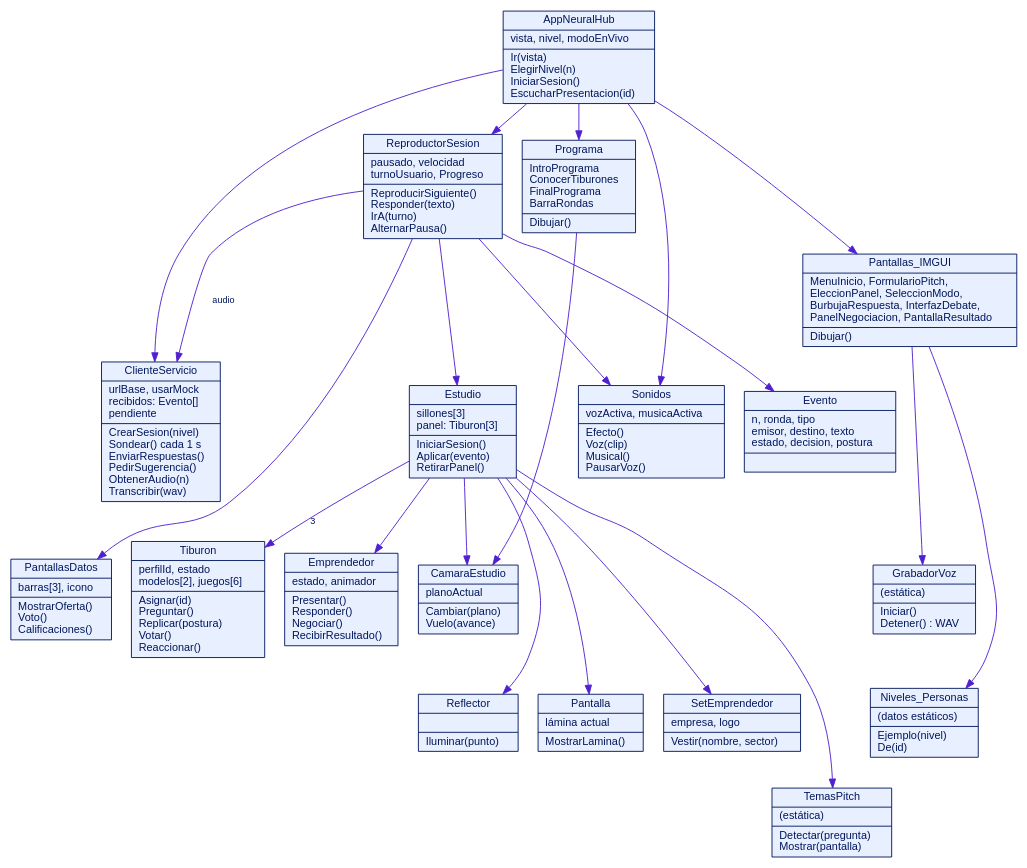
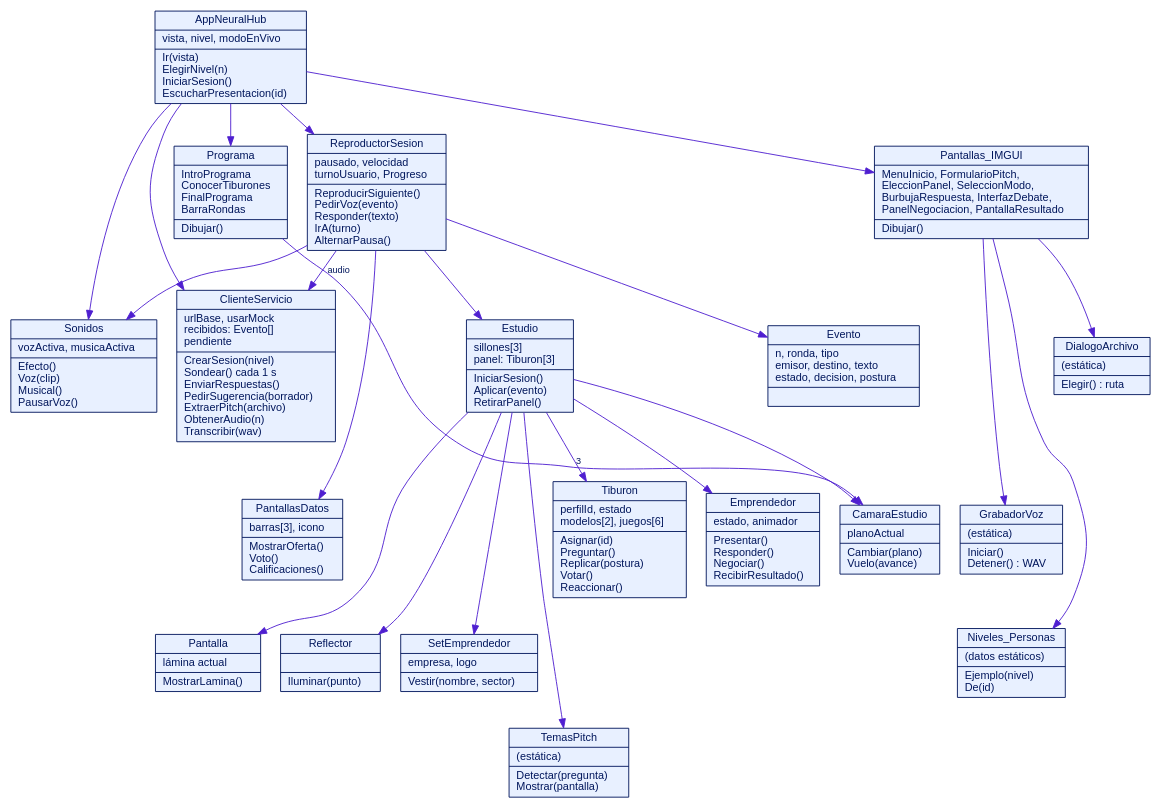
Before and after one commit to albertolopezb/NeuralHub: the diagram in docs/figuras/f05b_clases_unity.dot, drawn with Graphviz. The commit also changed 39 other files, not shown here.

Commit message:
Corrige el audio cortado al responder, avisa mientras prepara la voz y alinea documento y diagramas con el sistema final

```diff
--- a/docs/figuras/f05b_clases_unity.dot
+++ b/docs/figuras/f05b_clases_unity.dot
@@ -1,25 +1,26 @@
 digraph G{ bgcolor=white; fontname="Helvetica"; node[fontname="Helvetica",fontsize=12,color="#00165C",fontcolor="#00165C",shape=record,style=filled]; edge[fontname="Helvetica",fontsize=10,color="#4F1FD0",fontcolor="#00165C"]; rankdir=TB; nodesep=.3; ranksep=.45;
 AppNeuralHub[fillcolor="#E8F0FF",label="{AppNeuralHub|vista, nivel, modoEnVivo\l|Ir(vista)\lElegirNivel(n)\lIniciarSesion()\lEscucharPresentacion(id)\l}"];
-ClienteServicio[fillcolor="#E8F0FF",label="{ClienteServicio|urlBase, usarMock\lrecibidos: Evento[]\lpendiente\l|CrearSesion(nivel)\lSondear() cada 1 s\lEnviarRespuestas()\lPedirSugerencia()\lObtenerAudio(n)\lTranscribir(wav)\l}"];
-ReproductorSesion[fillcolor="#E8F0FF",label="{ReproductorSesion|pausado, velocidad\lturnoUsuario, Progreso\l|ReproducirSiguiente()\lResponder(texto)\lIrA(turno)\lAlternarPausa()\l}"];
+ClienteServicio[fillcolor="#E8F0FF",label="{ClienteServicio|urlBase, usarMock\lrecibidos: Evento[]\lpendiente\l|CrearSesion(nivel)\lSondear() cada 1 s\lEnviarRespuestas()\lPedirSugerencia(borrador)\lExtraerPitch(archivo)\lObtenerAudio(n)\lTranscribir(wav)\l}"];
+ReproductorSesion[fillcolor="#E8F0FF",label="{ReproductorSesion|pausado, velocidad\lturnoUsuario, Progreso\l|ReproducirSiguiente()\lPedirVoz(evento)\lResponder(texto)\lIrA(turno)\lAlternarPausa()\l}"];
 Estudio[fillcolor="#E8F0FF",label="{Estudio|sillones[3]\lpanel: Tiburon[3]\l|IniciarSesion()\lAplicar(evento)\lRetirarPanel()\l}"];
 Tiburon[fillcolor="#E8F0FF",label="{Tiburon|perfilId, estado\lmodelos[2], juegos[6]\l|Asignar(id)\lPreguntar()\lReplicar(postura)\lVotar()\lReaccionar()\l}"];
 Emprendedor[fillcolor="#E8F0FF",label="{Emprendedor|estado, animador\l|Presentar()\lResponder()\lNegociar()\lRecibirResultado()\l}"];
 CamaraEstudio[fillcolor="#E8F0FF",label="{CamaraEstudio|planoActual\l|Cambiar(plano)\lVuelo(avance)\l}"];
 Reflector[fillcolor="#E8F0FF",label="{Reflector||Iluminar(punto)\l}"];
 Pantalla[fillcolor="#E8F0FF",label="{Pantalla|lámina actual\l|MostrarLamina()\l}"];
 PantallasDatos[fillcolor="#E8F0FF",label="{PantallasDatos|barras[3], icono\l|MostrarOferta()\lVoto()\lCalificaciones()\l}"];
 SetEmprendedor[fillcolor="#E8F0FF",label="{SetEmprendedor|empresa, logo\l|Vestir(nombre, sector)\l}"];
 Sonidos[fillcolor="#E8F0FF",label="{Sonidos|vozActiva, musicaActiva\l|Efecto()\lVoz(clip)\lMusical()\lPausarVoz()\l}"];
 TemasPitch[fillcolor="#E8F0FF",label="{TemasPitch|(estática)\l|Detectar(pregunta)\lMostrar(pantalla)\l}"];
 Niveles_Personas[fillcolor="#E8F0FF",label="{Niveles_Personas|(datos estáticos)\l|Ejemplo(nivel)\lDe(id)\l}"];
+DialogoArchivo[fillcolor="#E8F0FF",label="{DialogoArchivo|(estática)\l|Elegir() : ruta\l}"];
 GrabadorVoz[fillcolor="#E8F0FF",label="{GrabadorVoz|(estática)\l|Iniciar()\lDetener() : WAV\l}"];
 Evento[fillcolor="#E8F0FF",label="{Evento|n, ronda, tipo\lemisor, destino, texto\lestado, decision, postura\l|}"];
 Programa[fillcolor="#E8F0FF",label="{Programa|IntroPrograma\lConocerTiburones\lFinalPrograma\lBarraRondas\l|Dibujar()\l}"];
 Pantallas_IMGUI[fillcolor="#E8F0FF",label="{Pantallas_IMGUI|MenuInicio, FormularioPitch,\lEleccionPanel, SeleccionModo,\lBurbujaRespuesta, InterfazDebate,\lPanelNegociacion, PantallaResultado\l|Dibujar()\l}"];
 AppNeuralHub->ClienteServicio; AppNeuralHub->ReproductorSesion; AppNeuralHub->Pantallas_IMGUI; AppNeuralHub->Programa; AppNeuralHub->Sonidos;
 ReproductorSesion->Estudio; ReproductorSesion->PantallasDatos; ReproductorSesion->Sonidos; ReproductorSesion->Evento; ReproductorSesion->ClienteServicio[label="audio"];
 Estudio->Tiburon[label="3"]; Estudio->Emprendedor; Estudio->CamaraEstudio; Estudio->Reflector[minlen=2]; Estudio->Pantalla[minlen=2]; Estudio->SetEmprendedor[minlen=2]; Estudio->TemasPitch[minlen=3];
-ClienteServicio->PantallasDatos[style=invis]; Evento->GrabadorVoz[style=invis]; GrabadorVoz->Niveles_Personas[style=invis];
+Pantallas_IMGUI->DialogoArchivo; ClienteServicio->PantallasDatos[style=invis]; Evento->GrabadorVoz[style=invis]; GrabadorVoz->Niveles_Personas[style=invis];
 Pantallas_IMGUI->GrabadorVoz; Pantallas_IMGUI->Niveles_Personas[constraint=false]; Programa->CamaraEstudio[constraint=false];
 }
```
